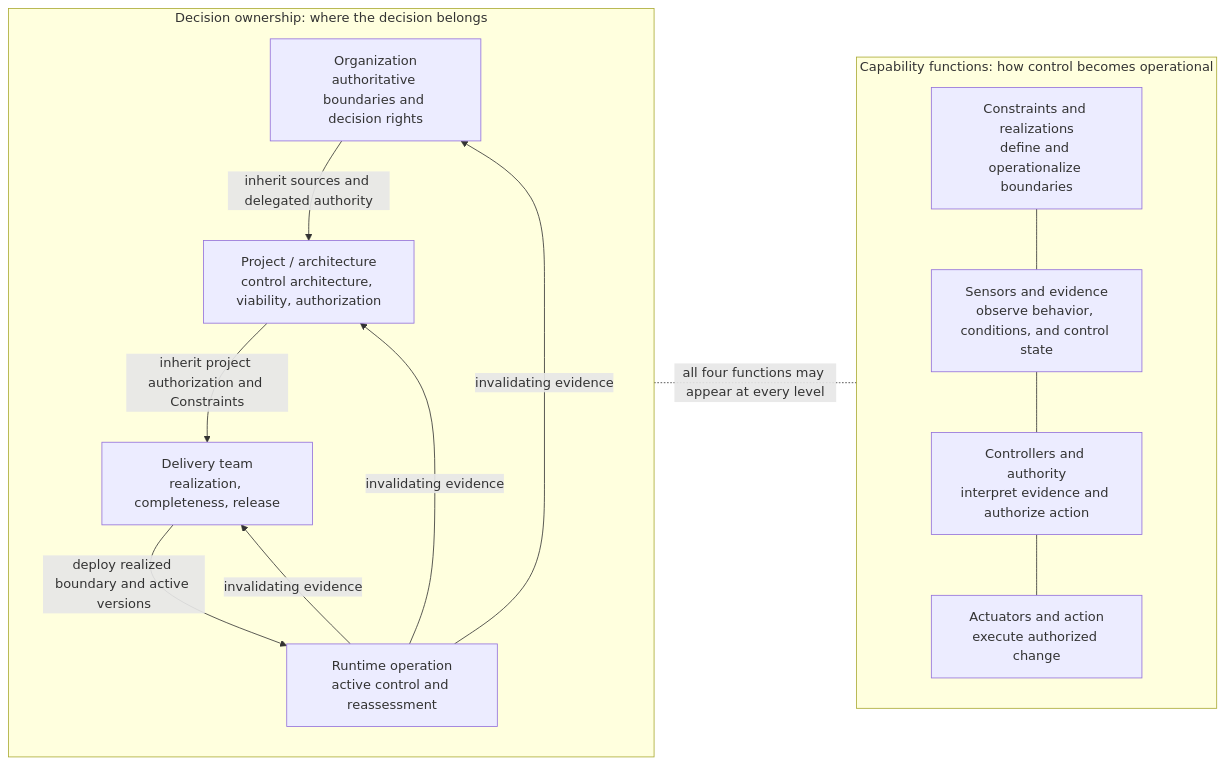
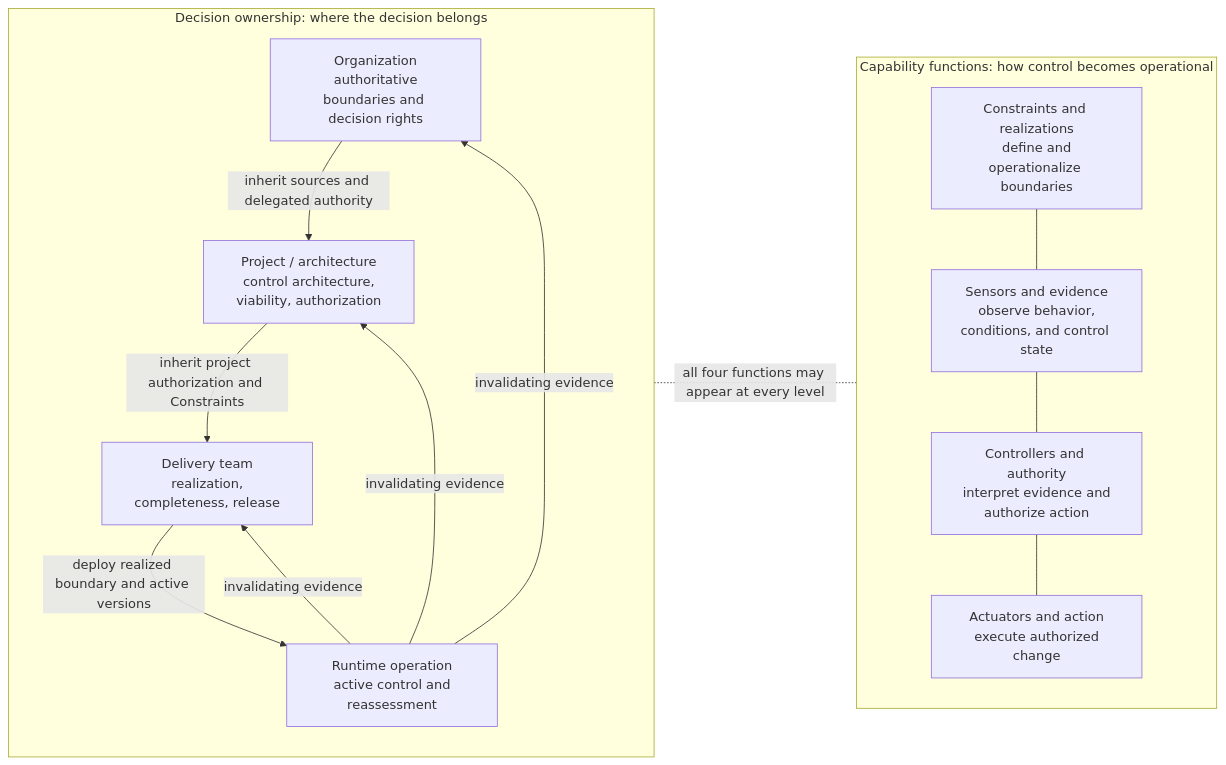
The ninth of 14 diagrams in content/research/notes/open-engineering-specification-article-draft.md (UncertaintyArchitectureGroup/uncertainty-architecture), drawn with Mermaid before and after one commit. The commit also changed other lines of this file, not shown here.

Commit message:
fix(research): stabilize Mermaid rendering

````diff
--- a/content/research/notes/open-engineering-specification-article-draft.md
+++ b/content/research/notes/open-engineering-specification-article-draft.md
@@ -452,29 +457,29 @@
 ```mermaid
 flowchart LR
     subgraph L["Decision ownership: where the decision belongs"]
-        O["Organization<br/>authoritative boundaries and decision rights"]
-        P["Project / architecture<br/>control architecture, viability, authorization"]
-        D["Delivery team<br/>realization, completeness, release"]
-        R["Runtime operation<br/>active control and reassessment"]
+        O["Organization<br/> authoritative boundaries and decision rights"]
+        P["Project / architecture<br/> control architecture, viability, authorization"]
+        D["Delivery team<br/> realization, completeness, release"]
+        R["Runtime operation<br/> active control and reassessment"]
 
         O -->|inherit sources and delegated authority| P
         P -->|inherit project authorization and Constraints| D
         D -->|deploy realized boundary and active versions| R
         R -->|invalidating evidence| D
         R -->|invalidating evidence| P
         R -->|invalidating evidence| O
     end
 
     subgraph F["Capability functions: how control becomes operational"]
-        K["Constraints and realizations<br/>define and operationalize boundaries"]
-        S["Sensors and evidence<br/>observe behavior, conditions, and control state"]
-        C["Controllers and authority<br/>interpret evidence and authorize action"]
-        A["Actuators and action<br/>execute authorized change"]
+        K["Constraints and realizations<br/> define and operationalize boundaries"]
+        S["Sensors and evidence<br/> observe behavior, conditions, and control state"]
+        C["Controllers and authority<br/> interpret evidence and authorize action"]
+        A["Actuators and action<br/> execute authorized change"]
 
         K --- S
         S --- C
         C --- A
     end
 
     L -. "all four functions may appear at every level" .- F
 ```
````
